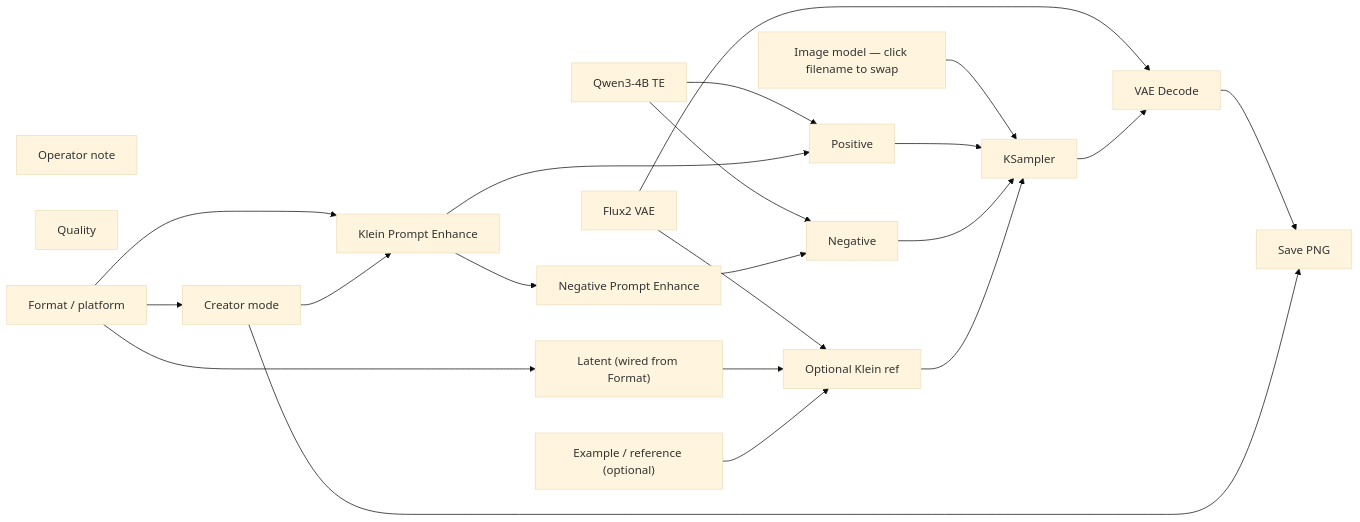
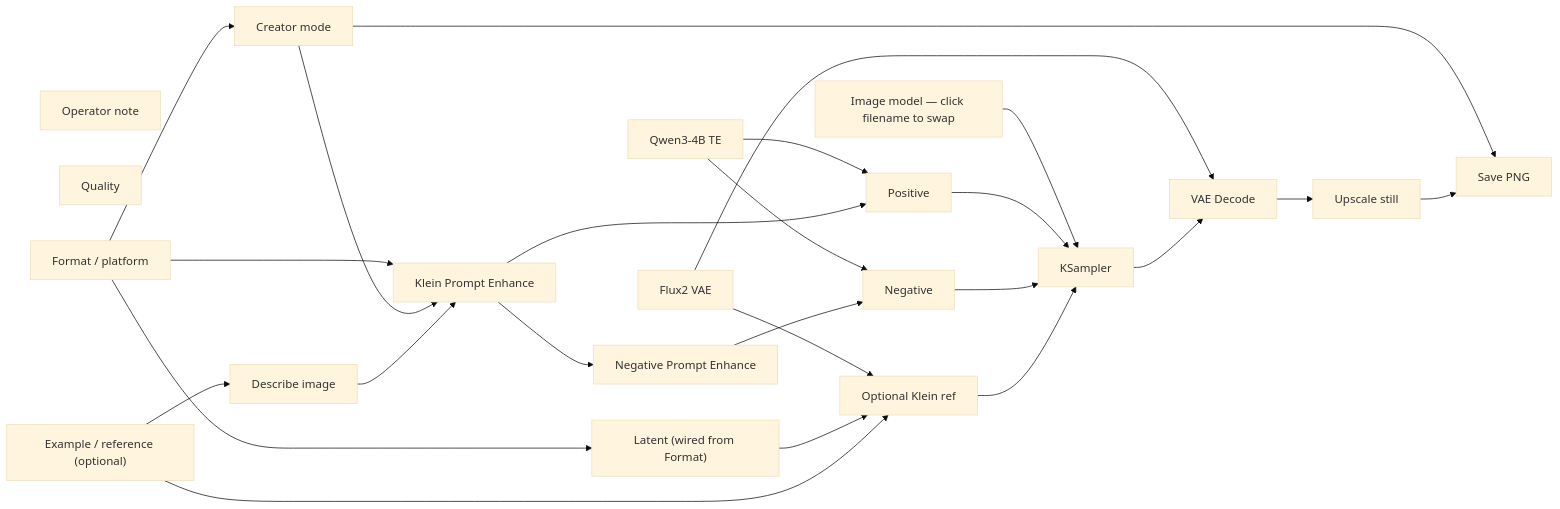
The diagram in docs/generated/workflows/stills/image-studio.md (toxicoder/ez-comfy-stack), drawn with Mermaid (base theme) before and after one commit. The commit also changed other lines of this file and 405 other files, not shown here.

First line of the commit message:
feat: add still upscale, describe-in-enhance, and background-swap App

````diff
--- a/docs/generated/workflows/stills/image-studio.md
+++ b/docs/generated/workflows/stills/image-studio.md
@@ -57,40 +57,45 @@
 ```mermaid
 flowchart LR
   N1["Image model — click filename to swap"]
   N2["Qwen3-4B TE"]
   N3["Flux2 VAE"]
   N4["Positive"]
   N5["Negative"]
   N6["Latent (wired from Format)"]
   N7["KSampler"]
   N8["VAE Decode"]
   N9["Save PNG"]
   N10["Operator note"]
   N11["Klein Prompt Enhance"]
   N12["Negative Prompt Enhance"]
   N13["Quality"]
   N14["Format / platform"]
   N15["Example / reference (optional)"]
   N16["Optional Klein ref"]
   N17["Creator mode"]
+  N18["Upscale still"]
+  N19["Describe image"]
   N1 --> N7
   N2 --> N4
   N2 --> N5
   N3 --> N8
   N3 --> N16
   N4 --> N7
   N5 --> N7
   N6 --> N16
   N7 --> N8
-  N8 --> N9
+  N8 --> N18
   N11 --> N4
   N11 --> N12
   N12 --> N5
   N14 --> N6
   N14 --> N11
   N14 --> N17
   N15 --> N16
+  N15 --> N19
   N16 --> N7
   N17 --> N11
   N17 --> N9
+  N18 --> N9
+  N19 --> N11
 ```
````
